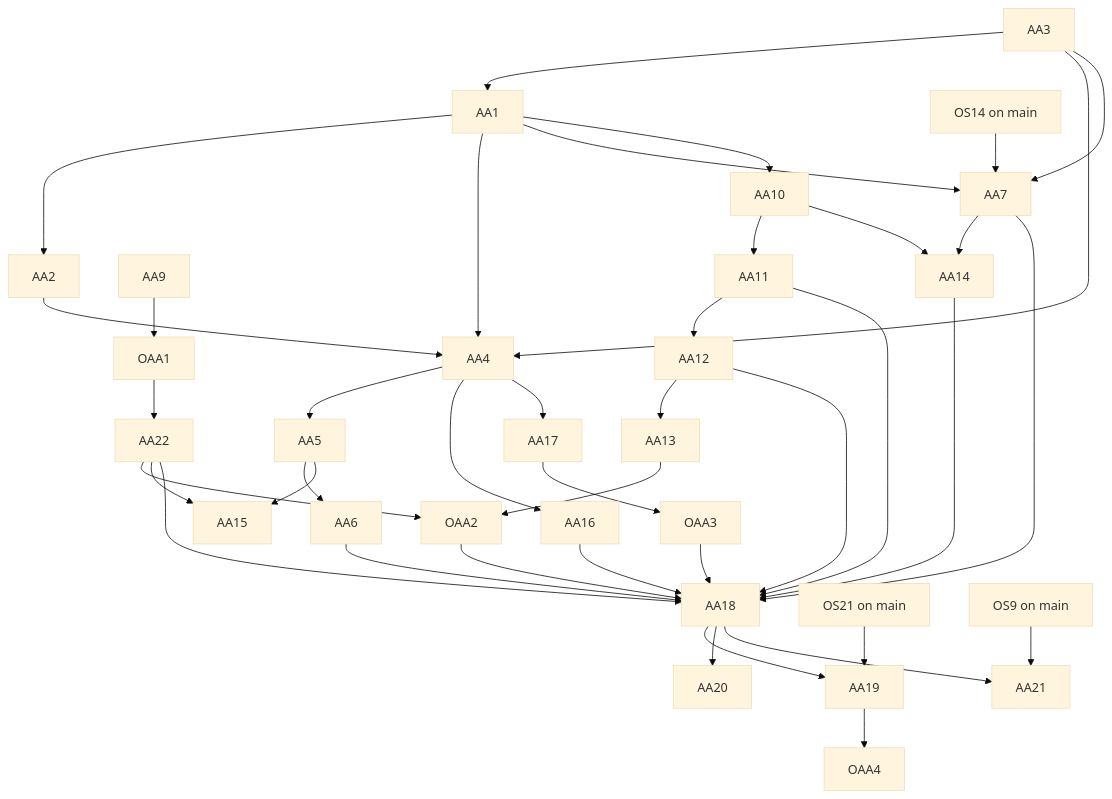
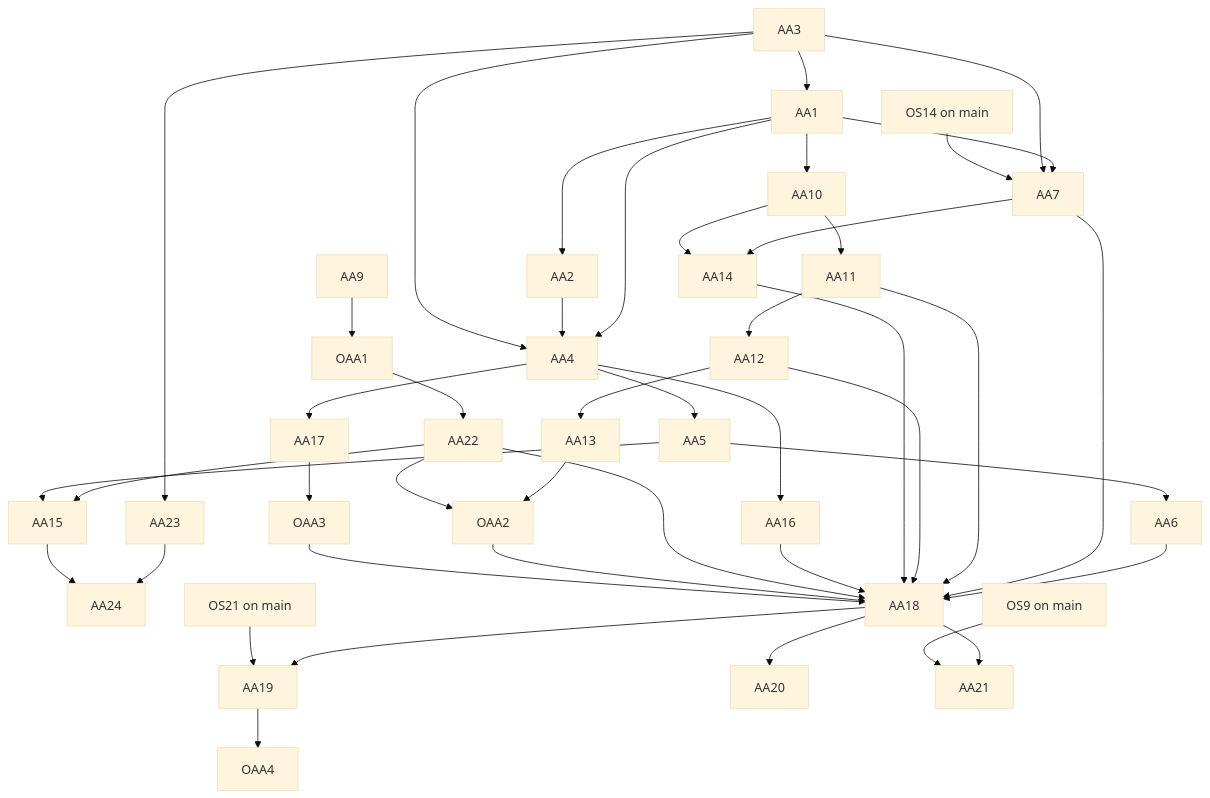
One commit to diy-accounting-uk/submit.diyaccounting.co.uk changed the diagram in PLAN_AMENDED_ACCOUNTS.md. Above: the diagram before and after it, drawn with Mermaid (base theme). The commit also changed other lines of this file, not shown here.

````diff
--- a/PLAN_AMENDED_ACCOUNTS.md
+++ b/PLAN_AMENDED_ACCOUNTS.md
@@ -522,43 +553,46 @@
 ```mermaid
 graph TD
   AA3 --> AA1
   AA1 --> AA2
   AA1 --> AA4
   AA2 --> AA4
   AA3 --> AA4
   AA4 --> AA5
   AA5 --> AA6
   AA1 --> AA7
   AA3 --> AA7
   OS14["OS14 on main"] --> AA7
   AA9 --> OAA1
   OAA1 --> AA22
   AA1 --> AA10
   AA10 --> AA11
   AA11 --> AA12
   AA12 --> AA13
   AA13 --> OAA2
   AA22 --> OAA2
   AA7 --> AA14
   AA10 --> AA14
   AA22 --> AA15
   AA5 --> AA15
+  AA3 --> AA23
+  AA23 --> AA24
+  AA15 --> AA24
   AA4 --> AA16
   AA4 --> AA17
   AA17 --> OAA3
   AA6 --> AA18
   AA7 --> AA18
   AA11 --> AA18
   AA12 --> AA18
   AA14 --> AA18
   AA16 --> AA18
   AA22 --> AA18
   OAA2 --> AA18
   OAA3 --> AA18
   AA18 --> AA19
   OS21["OS21 on main"] --> AA19
   AA19 --> OAA4
   AA18 --> AA20
   AA18 --> AA21
   OS9["OS9 on main"] --> AA21
 ```
````
